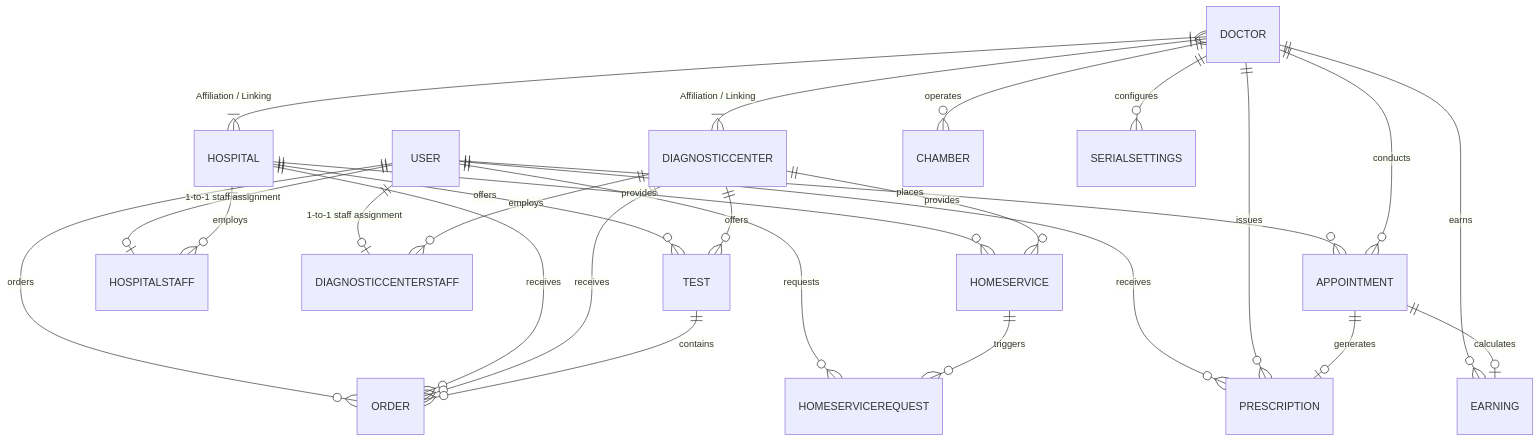
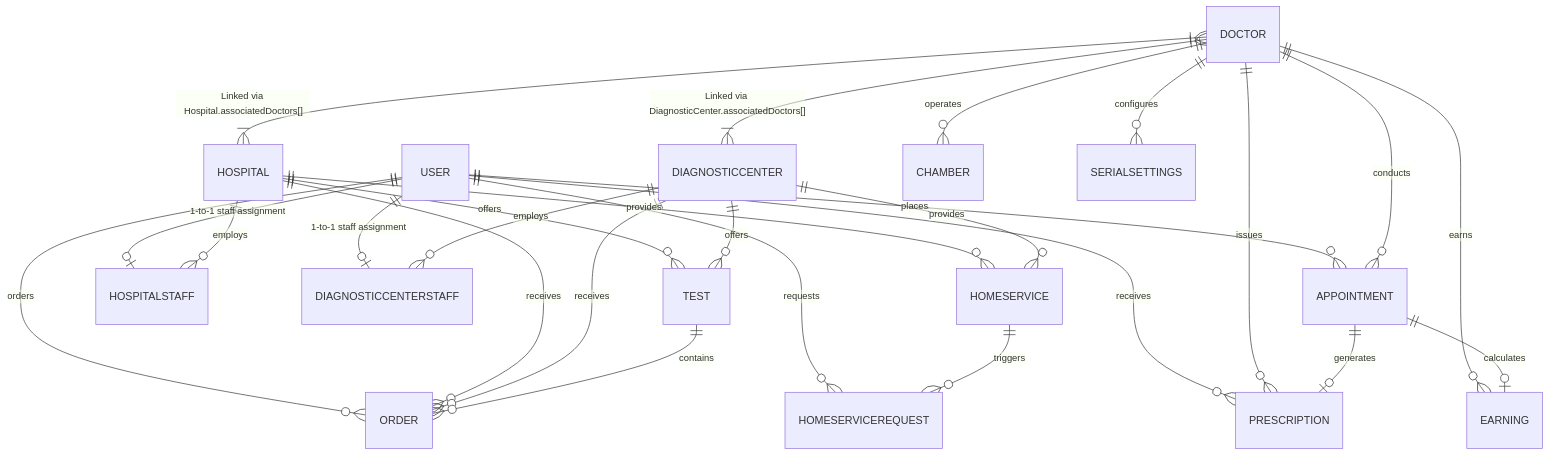
The first of 2 diagrams in PROJECT_OVERVIEW.md (adil-hussa1n/Medify_247), drawn with Mermaid before and after one commit. The commit also changed other lines of this file, not shown here.

Commit message:
Finalize PROJECT_OVERVIEW.md with doctor affiliation subdocuments, 7-role collection structure, concurrency collision handling, and privacy architecture

````diff
--- a/PROJECT_OVERVIEW.md
+++ b/PROJECT_OVERVIEW.md
@@ -76,32 +82,32 @@
 ```mermaid
 erDiagram
     USER ||--o{ APPOINTMENT : places
     USER ||--o{ ORDER : orders
     USER ||--o{ HOMESERVICEREQUEST : requests
     USER ||--o{ PRESCRIPTION : receives
     USER ||--o| HOSPITALSTAFF : "1-to-1 staff assignment"
     USER ||--o| DIAGNOSTICCENTERSTAFF : "1-to-1 staff assignment"
 
-    DOCTOR }|--|{ HOSPITAL : "Affiliation / Linking"
-    DOCTOR }|--|{ DIAGNOSTICCENTER : "Affiliation / Linking"
+    DOCTOR }|--|{ HOSPITAL : "Linked via Hospital.associatedDoctors[]"
+    DOCTOR }|--|{ DIAGNOSTICCENTER : "Linked via DiagnosticCenter.associatedDoctors[]"
     DOCTOR ||--o{ APPOINTMENT : conducts
     DOCTOR ||--o{ PRESCRIPTION : issues
     DOCTOR ||--o{ CHAMBER : operates
     DOCTOR ||--o{ EARNING : earns
     DOCTOR ||--o{ SERIALSETTINGS : configures
 
     HOSPITAL ||--o{ TEST : offers
     HOSPITAL ||--o{ HOMESERVICE : provides
     HOSPITAL ||--o{ ORDER : receives
     HOSPITAL ||--o{ HOSPITALSTAFF : employs
 
     DIAGNOSTICCENTER ||--o{ TEST : offers
     DIAGNOSTICCENTER ||--o{ HOMESERVICE : provides
     DIAGNOSTICCENTER ||--o{ ORDER : receives
     DIAGNOSTICCENTER ||--o{ DIAGNOSTICCENTERSTAFF : employs
 
     TEST ||--o{ ORDER : contains
     HOMESERVICE ||--o{ HOMESERVICEREQUEST : triggers
     APPOINTMENT ||--o| PRESCRIPTION : generates
     APPOINTMENT ||--o| EARNING : calculates
 ```
````
